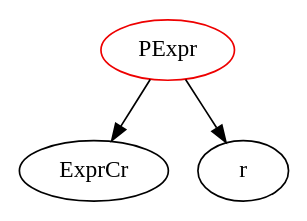
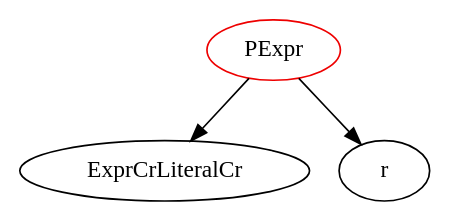
The diagram in analysis/TypeDependencyGraphs/lang/PExpr.dot (JacquesCarette/Drasil), drawn with Graphviz before and after one commit. The commit also changed 984 other files, not shown here.

```diff
--- a/analysis/TypeDependencyGraphs/lang/PExpr.dot
+++ b/analysis/TypeDependencyGraphs/lang/PExpr.dot
@@ -1,5 +1,5 @@
 digraph pexpr{
 PExpr	[shape=oval, color=red2, label="PExpr"];
-PExpr -> ExprCr;
+PExpr -> ExprCrLiteralCr;
 PExpr -> r;
 }
```
